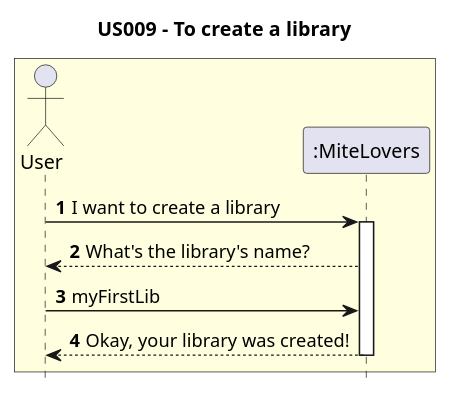
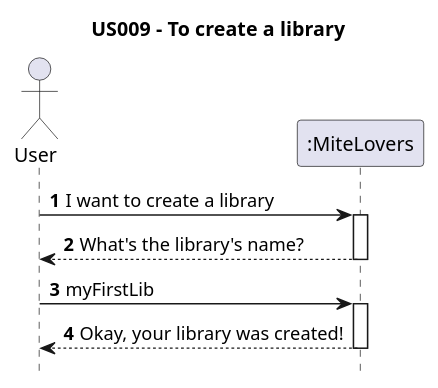
One commit to AndrePereiraGitH/SWitCH-Project-Team_A changed the diagram in Diagrams/SequenceDiagrams/N1/US009-to-create-a-library.puml. Above: the diagram before and after it, drawn with PlantUML. The commit also changed 5 other files, not shown here.

```diff
--- a/Diagrams/SequenceDiagrams/N1/US009-to-create-a-library.puml
+++ b/Diagrams/SequenceDiagrams/N1/US009-to-create-a-library.puml
@@ -1,21 +1,23 @@
 @startuml
 hide footbox
 autonumber
 title US009 - To create a library
 
-box #LightYellow
+
 actor User
 participant ":MiteLovers" as UI
-end box
+
 
 ' Interactions
 User -> UI : I want to create a library
 activate UI
 UI --> User : What's the library's name?
+deactivate UI
 User -> UI : myFirstLib
+activate UI
 UI --> User : Okay, your library was created!
 deactivate UI
 
 
 
 @enduml
```
